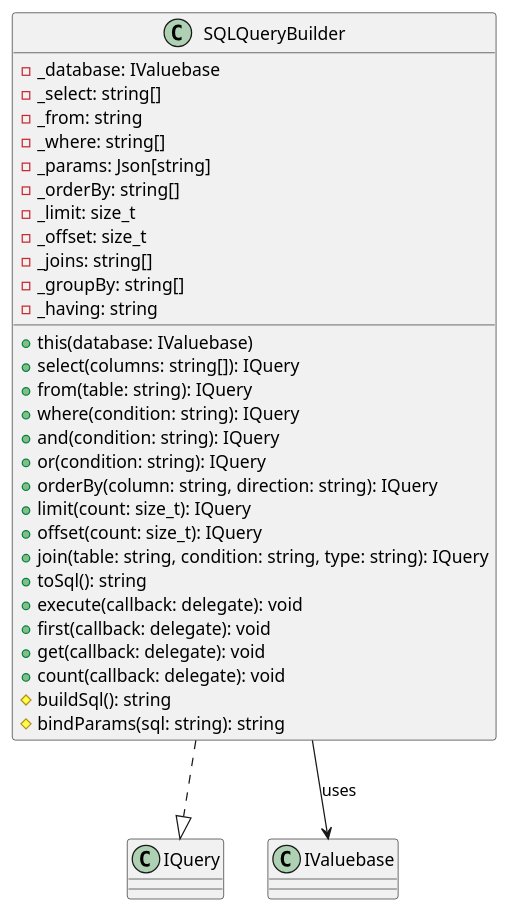
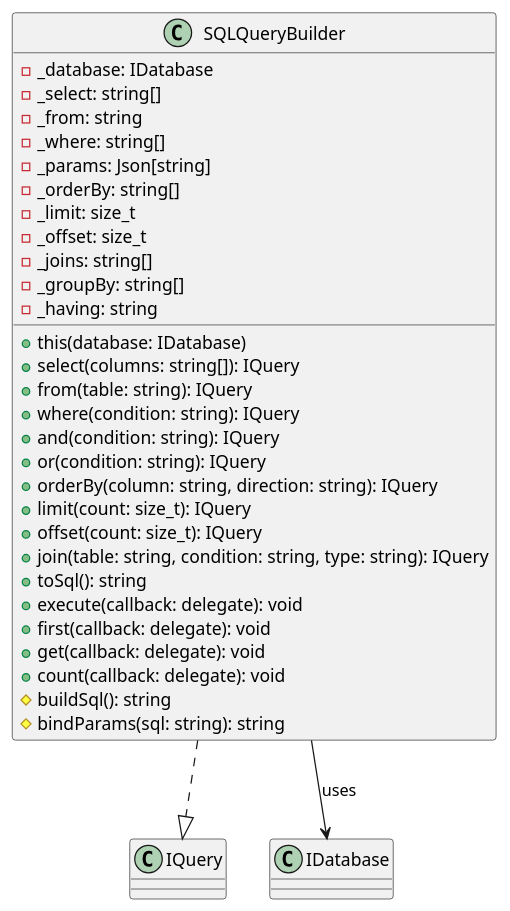
Before and after one commit to UIMSolutions/uim-framework: the third of 9 diagrams in orm/UML.md, drawn with PlantUML. The commit also changed other lines of this file and 21 other files, not shown here.

````diff
--- a/orm/UML.md
+++ b/orm/UML.md
@@ -142,40 +142,40 @@
 ```plantuml
 @startuml ORM_QueryBuilder
 
 class SQLQueryBuilder {
-  - _database: IValuebase
+  - _database: IDatabase
   - _select: string[]
   - _from: string
   - _where: string[]
   - _params: Json[string]
   - _orderBy: string[]
   - _limit: size_t
   - _offset: size_t
   - _joins: string[]
   - _groupBy: string[]
   - _having: string
   
-  + this(database: IValuebase)
+  + this(database: IDatabase)
   + select(columns: string[]): IQuery
   + from(table: string): IQuery
   + where(condition: string): IQuery
   + and(condition: string): IQuery
   + or(condition: string): IQuery
   + orderBy(column: string, direction: string): IQuery
   + limit(count: size_t): IQuery
   + offset(count: size_t): IQuery
   + join(table: string, condition: string, type: string): IQuery
   + toSql(): string
   + execute(callback: delegate): void
   + first(callback: delegate): void
   + get(callback: delegate): void
   + count(callback: delegate): void
   # buildSql(): string
   # bindParams(sql: string): string
 }
 
 SQLQueryBuilder ..|> IQuery
-SQLQueryBuilder --> IValuebase : uses
+SQLQueryBuilder --> IDatabase : uses
 
 @enduml
 ```
````
